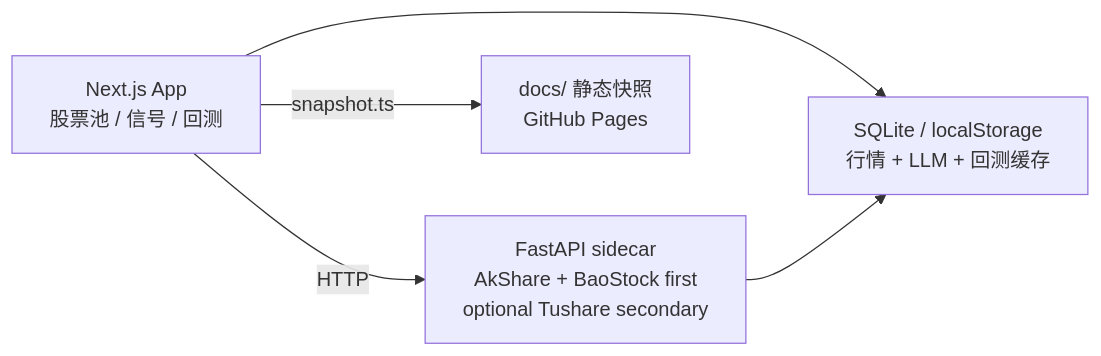
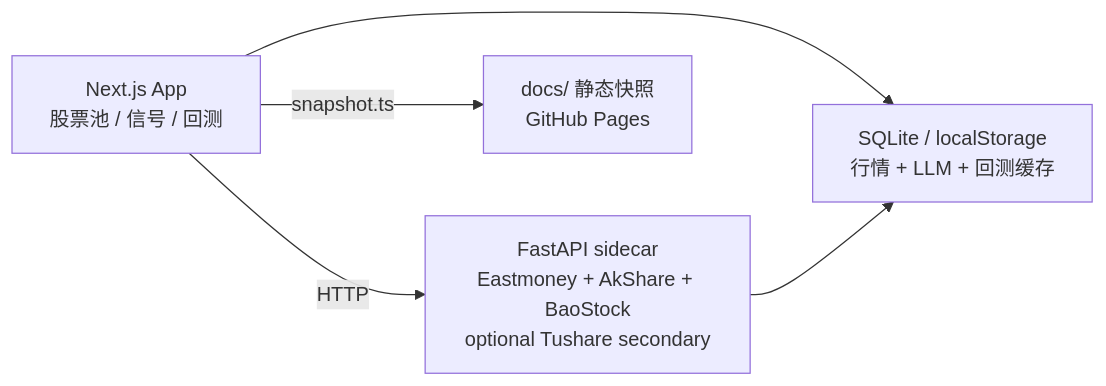
One commit to topkyo/ai-infra-research-template changed the diagram in README.md. Above: the diagram before and after it, drawn with Mermaid. The commit also changed other lines of this file and 19 other files, not shown here.

````diff
--- a/README.md
+++ b/README.md
@@ -34,12 +29,12 @@
 ```mermaid
 flowchart LR
   web["Next.js App<br/>股票池 / 信号 / 回测"]
-  py["FastAPI sidecar<br/>AkShare + BaoStock first<br/>optional Tushare secondary"]
+  py["FastAPI sidecar<br/>Eastmoney + AkShare + BaoStock<br/>optional Tushare secondary"]
   cache["SQLite / localStorage<br/>行情 + LLM + 回测缓存"]
   docs["docs/ 静态快照<br/>GitHub Pages"]
 
   web -- HTTP --> py
   web --> cache
   py --> cache
   web -- snapshot.ts --> docs
 ```
````
